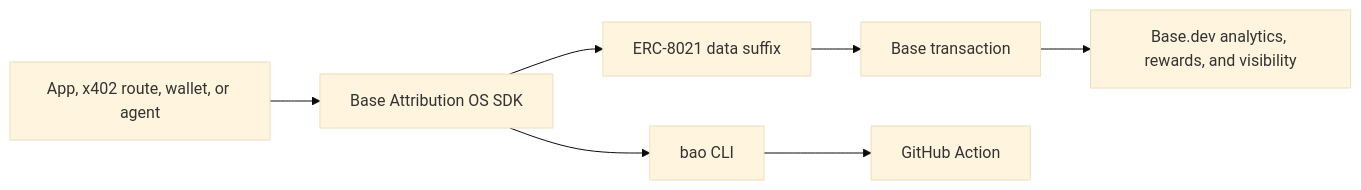
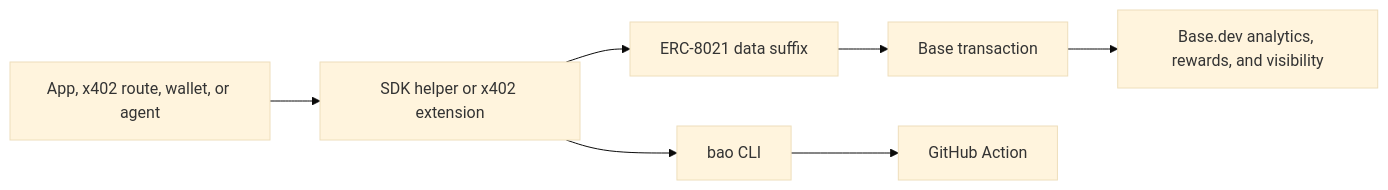
One commit to horn111/base-attribution-os changed the diagram in README.md. Above: the diagram before and after it, drawn with Mermaid (base theme). The commit also changed other lines of this file and 2 other files, not shown here.

````diff
--- a/README.md
+++ b/README.md
@@ -26,9 +27,9 @@
 ```mermaid
 flowchart LR
-  A["App, x402 route, wallet, or agent"] --> B["Base Attribution OS SDK"]
+  A["App, x402 route, wallet, or agent"] --> B["SDK helper or x402 extension"]
   B --> C["ERC-8021 data suffix"]
   C --> D["Base transaction"]
   D --> E["Base.dev analytics, rewards, and visibility"]
   B --> F["bao CLI"]
   F --> G["GitHub Action"]
 ```
````
